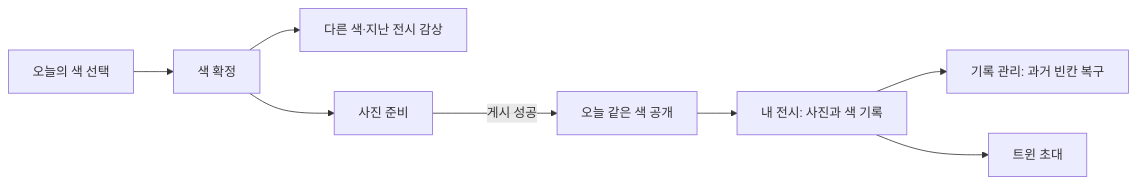
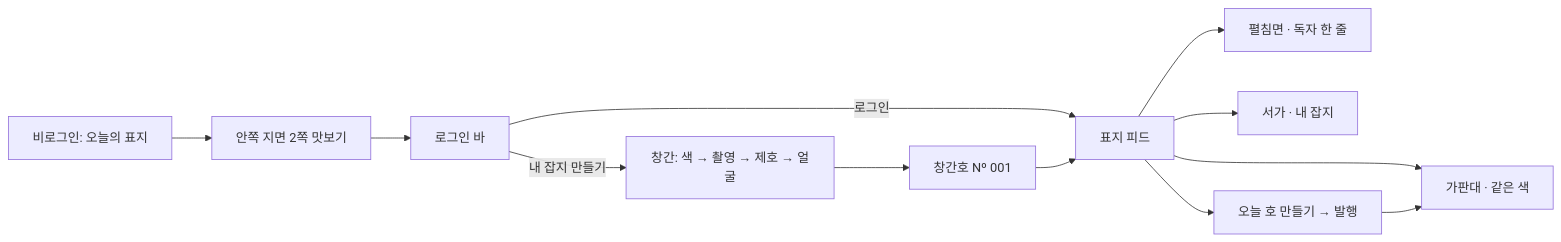
Before and after one commit to konga22/Esel: the diagram in docs/ESEL_HARNESS.md, drawn with Mermaid. The commit also changed other lines of this file and 5 other files, not shown here.

````diff
--- a/docs/ESEL_HARNESS.md
+++ b/docs/ESEL_HARNESS.md
@@ -117,10 +206,14 @@
 ```mermaid
 flowchart LR
-    A["오늘의 색 선택"] --> B["색 확정"]
-    B --> C["다른 색·지난 전시 감상"]
-    B --> D["사진 준비"]
-    D -->|"게시 성공"| E["오늘 같은 색 공개"]
-    E --> F["내 전시: 사진과 색 기록"]
-    F --> G["기록 관리: 과거 빈칸 복구"]
-    F --> H["트윈 초대"]
+    A["비로그인: 오늘의 표지"] --> B["안쪽 지면 2쪽 맛보기"]
+    B --> C["로그인 바"]
+    C -->|"로그인"| F["표지 피드"]
+    C -->|"내 잡지 만들기"| D["창간: 색 → 촬영 → 제호 → 얼굴"]
+    D --> E["창간호 Nº 001"]
+    E --> F
+    F --> G["펼침면 · 독자 한 줄"]
+    F --> H["가판대 · 같은 색"]
+    F --> I["서가 · 내 잡지"]
+    F --> J["오늘 호 만들기 → 발행"]
+    J --> H
 ```
````
